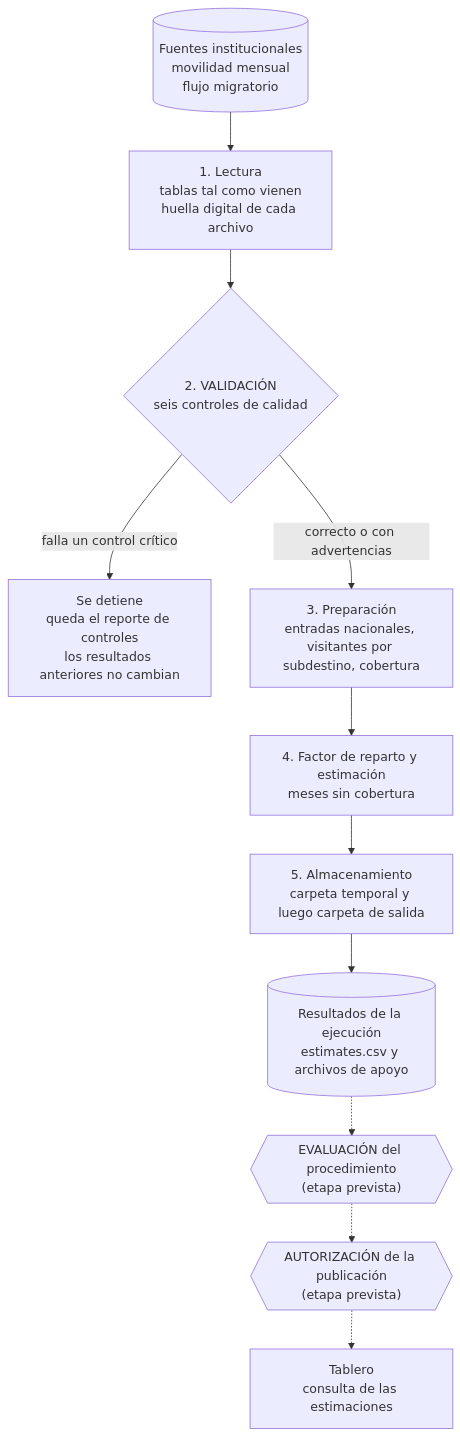
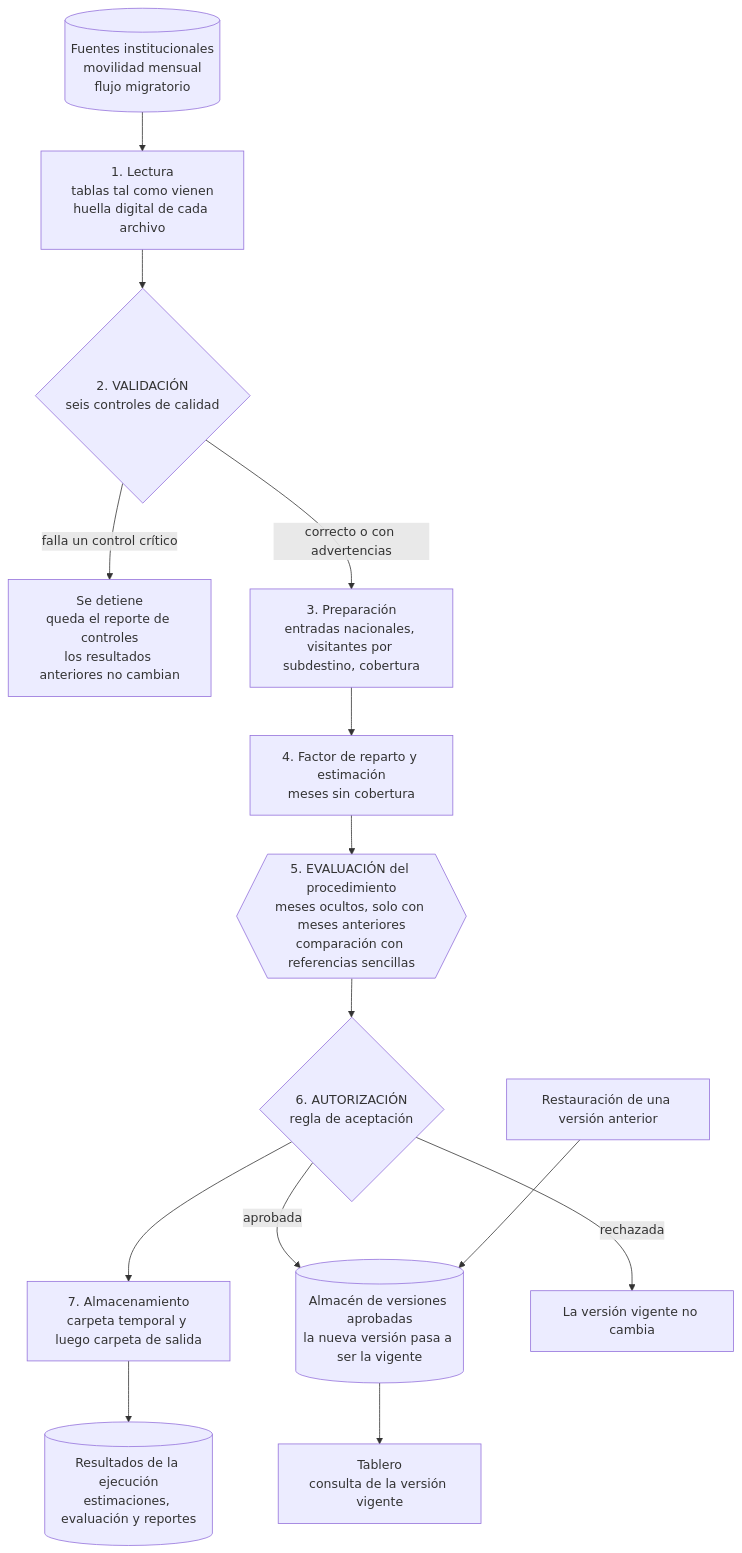
Before and after one commit to JosFer720/Laboratorio-10-Dashboard: the diagram in docs/flujo.md, drawn with Mermaid. The commit also changed other lines of this file and 1 other file, not shown here.

Commit message:
docs: documenta evaluación, aprobación y restauración de versiones

````diff
--- a/docs/flujo.md
+++ b/docs/flujo.md
@@ -5,13 +5,16 @@
 ```mermaid
 flowchart TD
     S[("Fuentes institucionales<br/>movilidad mensual<br/>flujo migratorio")] --> L["1. Lectura<br/>tablas tal como vienen<br/>huella digital de cada archivo"]
     L --> V{"2. VALIDACIÓN<br/>seis controles de calidad"}
     V -- "falla un control crítico" --> X["Se detiene<br/>queda el reporte de controles<br/>los resultados anteriores no cambian"]
     V -- "correcto o con advertencias" --> P["3. Preparación<br/>entradas nacionales, visitantes por subdestino, cobertura"]
     P --> E["4. Factor de reparto y estimación<br/>meses sin cobertura"]
-    E --> A["5. Almacenamiento<br/>carpeta temporal y luego carpeta de salida"]
-    A --> R[("Resultados de la ejecución<br/>estimates.csv y archivos de apoyo")]
-    R -.-> EV{{"EVALUACIÓN del procedimiento<br/>(etapa prevista)"}}
-    EV -.-> AU{{"AUTORIZACIÓN de la publicación<br/>(etapa prevista)"}}
-    AU -.-> T["Tablero<br/>consulta de las estimaciones"]
+    E --> EV{{"5. EVALUACIÓN del procedimiento<br/>meses ocultos, solo con meses anteriores<br/>comparación con referencias sencillas"}}
+    EV --> AU{"6. AUTORIZACIÓN<br/>regla de aceptación"}
+    AU --> A["7. Almacenamiento<br/>carpeta temporal y luego carpeta de salida"]
+    A --> R[("Resultados de la ejecución<br/>estimaciones, evaluación y reportes")]
+    AU -- "aprobada" --> PV[("Almacén de versiones aprobadas<br/>la nueva versión pasa a ser la vigente")]
+    AU -- "rechazada" --> KV["La versión vigente no cambia"]
+    PV --> T["Tablero<br/>consulta de la versión vigente"]
+    RS["Restauración de una versión anterior"] --> PV
 ```
````
